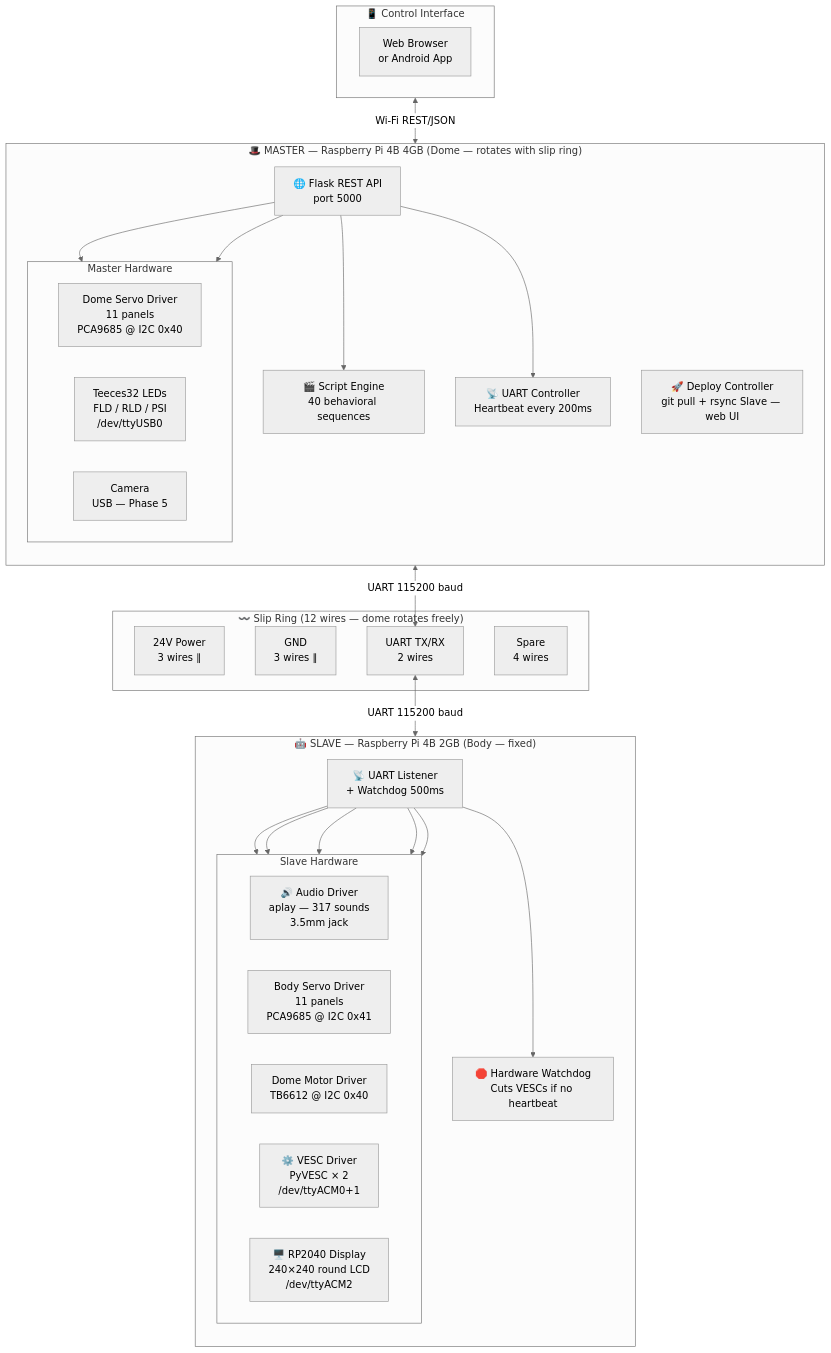
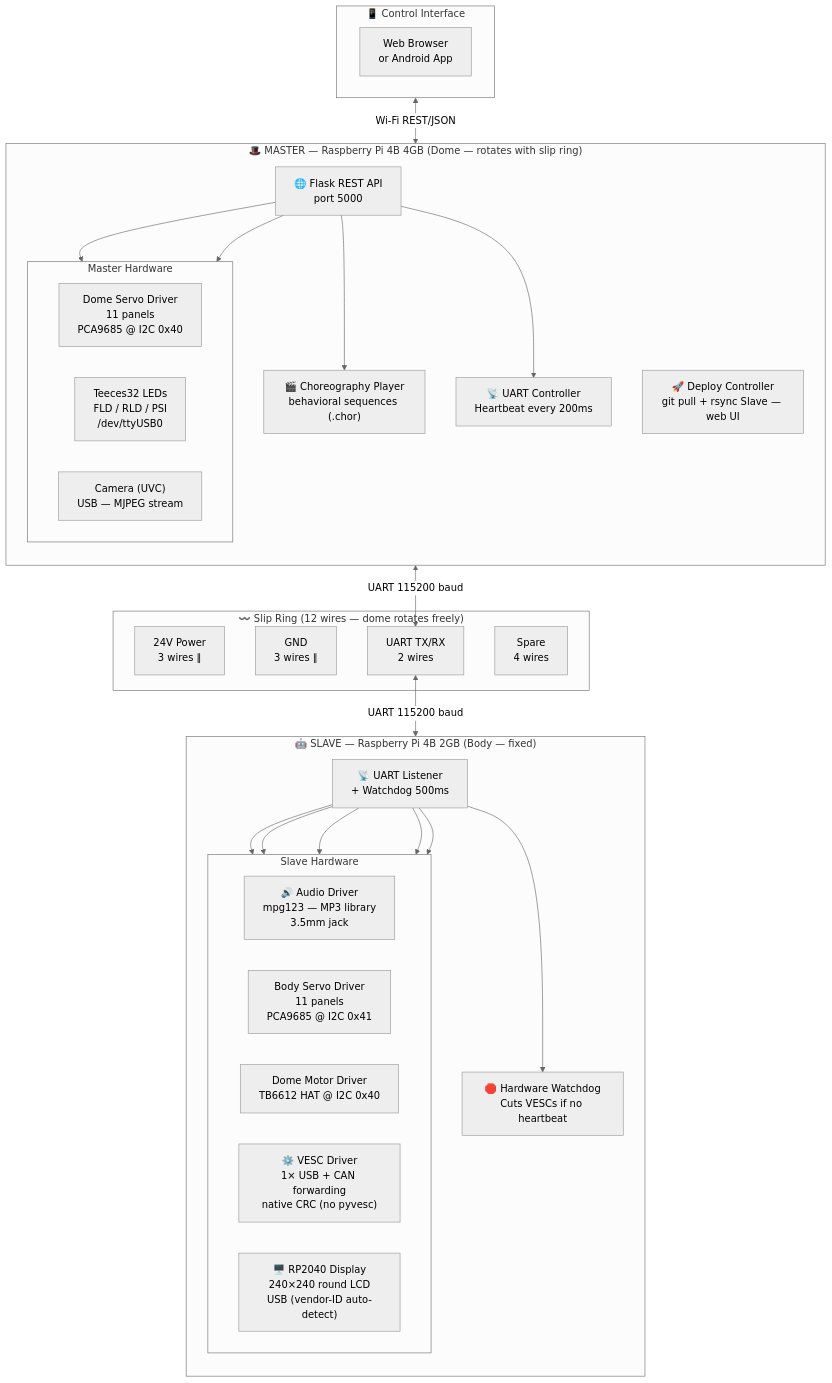
The first of 4 diagrams in ELECTRONICS.md (RickDnamps/AstromechOS), drawn with Mermaid (neutral theme) before and after one commit. The commit also changed other lines of this file and 5 other files, not shown here.

````diff
--- a/ELECTRONICS.md
+++ b/ELECTRONICS.md
@@ -96,60 +96,60 @@
 ```mermaid
 flowchart TB
     subgraph CTRL["📱 Control Interface"]
         direction LR
         BROWSER["Web Browser\nor Android App"]
     end
 
     subgraph MASTER["🎩 MASTER — Raspberry Pi 4B 4GB  (Dome — rotates with slip ring)"]
         direction TB
         FLASK["🌐 Flask REST API\nport 5000"]
-        ENGINE["🎬 Script Engine\n40 behavioral sequences"]
+        ENGINE["🎬 Choreography Player\nbehavioral sequences (.chor)"]
         UART_M["📡 UART Controller\nHeartbeat every 200ms"]
         DEPLOY["🚀 Deploy Controller\ngit pull + rsync Slave — web UI"]
 
         subgraph MASTER_HW["Master Hardware"]
             direction LR
             DOME_SRV["Dome Servo Driver\n11 panels\nPCA9685 @ I2C 0x40"]
             TEECES["Teeces32 LEDs\nFLD / RLD / PSI\n/dev/ttyUSB0"]
-            CAM["Camera\nUSB — Phase 5"]
+            CAM["Camera (UVC)\nUSB — MJPEG stream"]
         end
 
         FLASK --> ENGINE
         FLASK --> UART_M
         FLASK --> DOME_SRV
         FLASK --> TEECES
     end
 
     subgraph SLIPRING["〰️  Slip Ring  (12 wires — dome rotates freely)"]
         SR_24V["24V Power\n3 wires ∥"]
         SR_GND["GND\n3 wires ∥"]
         SR_UART["UART TX/RX\n2 wires"]
         SR_SPARE["Spare\n4 wires"]
     end
 
     subgraph SLAVE["🤖 SLAVE — Raspberry Pi 4B 2GB  (Body — fixed)"]
         direction TB
         UART_S["📡 UART Listener\n+ Watchdog 500ms"]
         WDG["🛑 Hardware Watchdog\nCuts VESCs if no heartbeat"]
 
         subgraph SLAVE_HW["Slave Hardware"]
             direction LR
-            AUDIO["🔊 Audio Driver\naplay — 317 sounds\n3.5mm jack"]
+            AUDIO["🔊 Audio Driver\nmpg123 — MP3 library\n3.5mm jack"]
             BODY_SRV["Body Servo Driver\n11 panels\nPCA9685 @ I2C 0x41"]
-            DOME_MOT["Dome Motor Driver\nTB6612 @ I2C 0x40"]
-            VESC["⚙️ VESC Driver\nPyVESC × 2\n/dev/ttyACM0+1"]
-            RP2040["🖥️ RP2040 Display\n240×240 round LCD\n/dev/ttyACM2"]
+            DOME_MOT["Dome Motor Driver\nTB6612 HAT @ I2C 0x40"]
+            VESC["⚙️ VESC Driver\n1× USB + CAN forwarding\nnative CRC (no pyvesc)"]
+            RP2040["🖥️ RP2040 Display\n240×240 round LCD\nUSB (vendor-ID auto-detect)"]
         end
 
         UART_S --> WDG
         UART_S --> AUDIO
         UART_S --> BODY_SRV
         UART_S --> DOME_MOT
         UART_S --> VESC
         UART_S --> RP2040
     end
 
     BROWSER <-->|"Wi-Fi  REST/JSON"| FLASK
     UART_M <-->|"UART 115200 baud"| SR_UART
     SR_UART <-->|"UART 115200 baud"| UART_S
 ```
````
